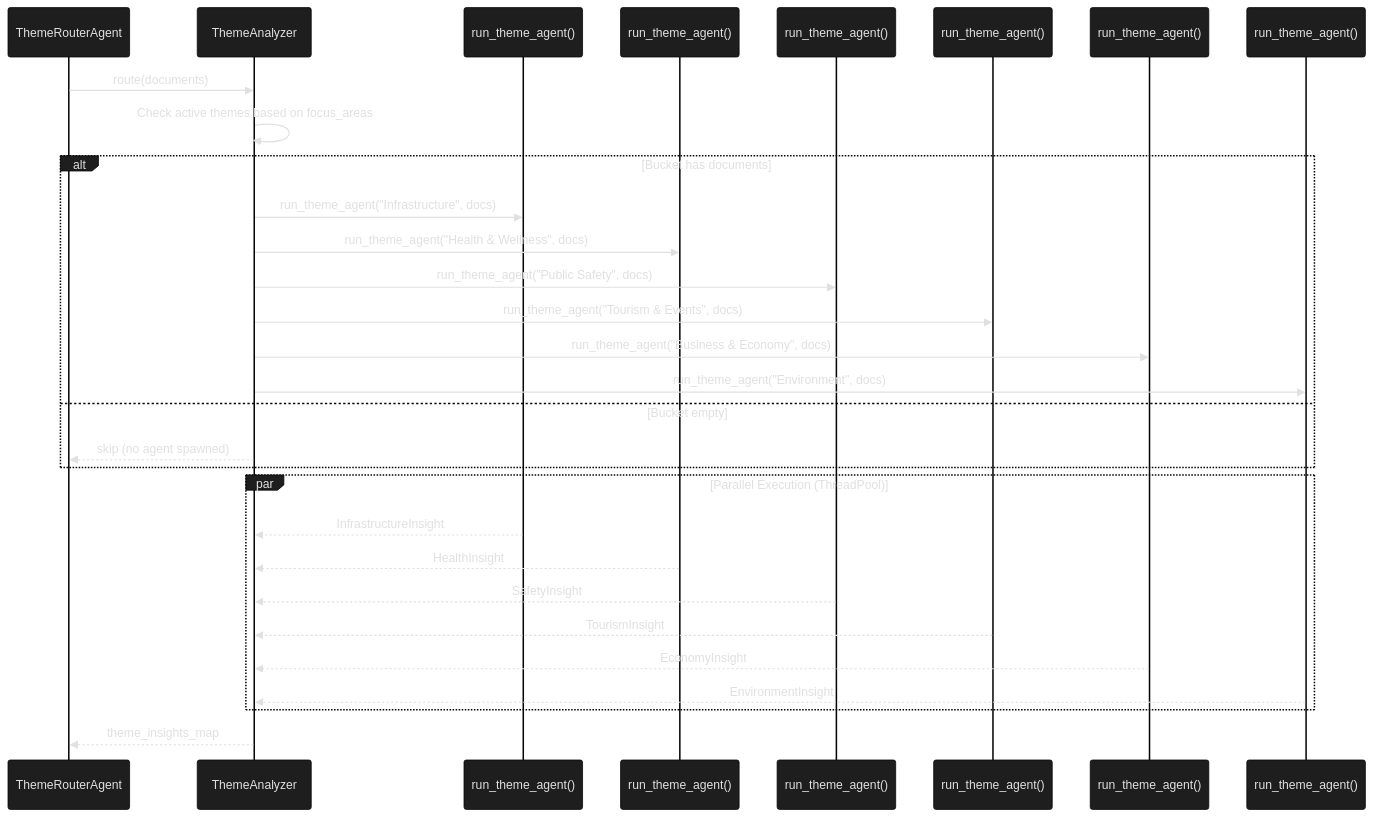
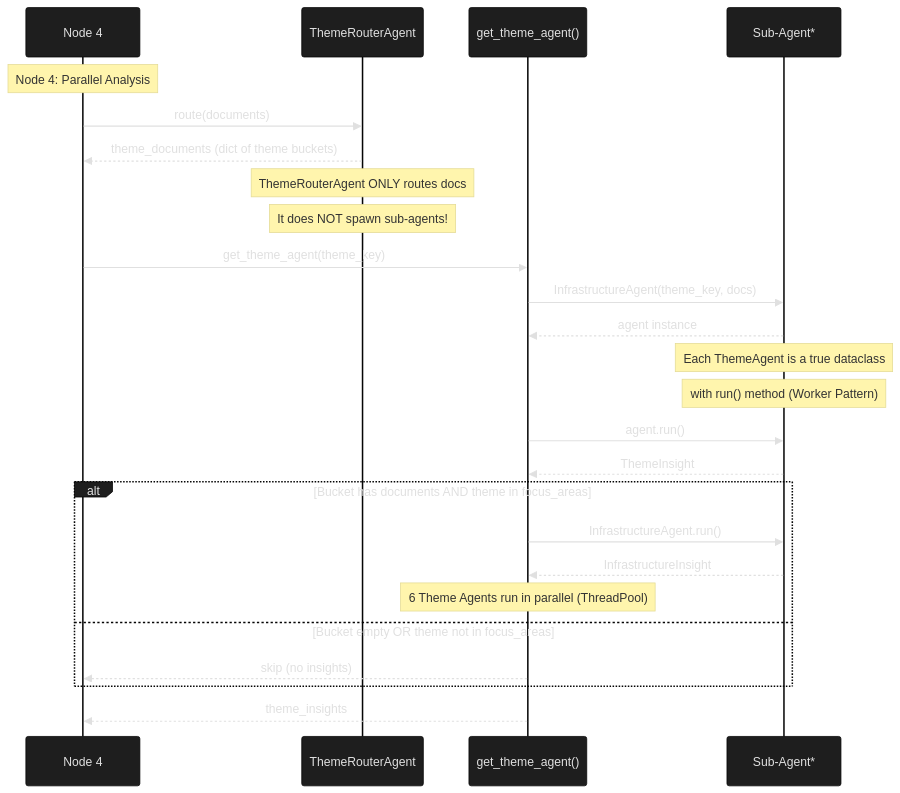
Before and after one commit to donyelqt/Hinaing: the seventh of 8 diagrams in docs/ARCHITECTURE.md, drawn with Mermaid. The commit also changed other lines of this file, not shown here.

First line of the commit message:
docs(architecture): Update agent architecture documentation to reflect 18 federated agents (was 13)

````diff
--- a/docs/ARCHITECTURE.md
+++ b/docs/ARCHITECTURE.md
@@ -582,43 +662,41 @@
 ```mermaid
 %%{init: {'theme': 'base', 'themeVariables': {
   'primaryColor': '#1e1e1e',
   'primaryTextColor': '#e0e0e0',
   'secondaryColor': '#2d2d2d',
   'primaryFontSize': '13px',
   'secondaryFontSize': '11px'
  }}}%%
 sequenceDiagram
-    participant TR as ThemeRouterAgent
-    participant TA as ThemeAnalyzer
-    participant INFRA as run_theme_agent()
-    participant HEALTH as run_theme_agent()
-    participant SAFETY as run_theme_agent()
-    participant TOURISM as run_theme_agent()
-    participant ECONOMY as run_theme_agent()
-    participant ENV as run_theme_agent()
-
-    TR->>TA: route(documents)
-    TA->>TA: Check active themes based on focus_areas
-
-    alt Bucket has documents
-        TA->>INFRA: run_theme_agent("Infrastructure", docs)
-        TA->>HEALTH: run_theme_agent("Health & Wellness", docs)
-        TA->>SAFETY: run_theme_agent("Public Safety", docs)
-        TA->>TOURISM: run_theme_agent("Tourism & Events", docs)
-        TA->>ECONOMY: run_theme_agent("Business & Economy", docs)
-        TA->>ENV: run_theme_agent("Environment", docs)
-    else Bucket empty
-        TA-->>TR: skip (no agent spawned)
+    participant N4 as Node 4
+    participant TRA as ThemeRouterAgent
+    participant TA as get_theme_agent()
+    participant SA as Sub-Agent*
+    
+    Note over N4: Node 4: Parallel Analysis
+    N4->>TRA: route(documents)
+    TRA-->>N4: theme_documents (dict of theme buckets)
+    
+    Note over TRA: ThemeRouterAgent ONLY routes docs
+    Note over TRA: It does NOT spawn sub-agents!
+    
+    N4->>TA: get_theme_agent(theme_key)
+    TA->>SA: InfrastructureAgent(theme_key, docs)
+    SA-->>TA: agent instance
+    
+    Note over SA: Each ThemeAgent is a true dataclass
+    Note over SA: with run() method (Worker Pattern)
+    
+    TA->>SA: agent.run()
+    SA-->>TA: ThemeInsight
+    
+    alt Bucket has documents AND theme in focus_areas
+        TA->>SA: InfrastructureAgent.run()
+        SA-->>TA: InfrastructureInsight
+        Note over TA: 6 Theme Agents run in parallel (ThreadPool)
+    else Bucket empty OR theme not in focus_areas
+        TA-->>N4: skip (no insights)
     end
 
-    par Parallel Execution (ThreadPool)
-        INFRA-->>TA: InfrastructureInsight
-        HEALTH-->>TA: HealthInsight
-        SAFETY-->>TA: SafetyInsight
-        TOURISM-->>TA: TourismInsight
-        ECONOMY-->>TA: EconomyInsight
-        ENV-->>TA: EnvironmentInsight
-    end
-
-    TA-->>TR: theme_insights_map
+    TA-->>N4: theme_insights
 ```
````
